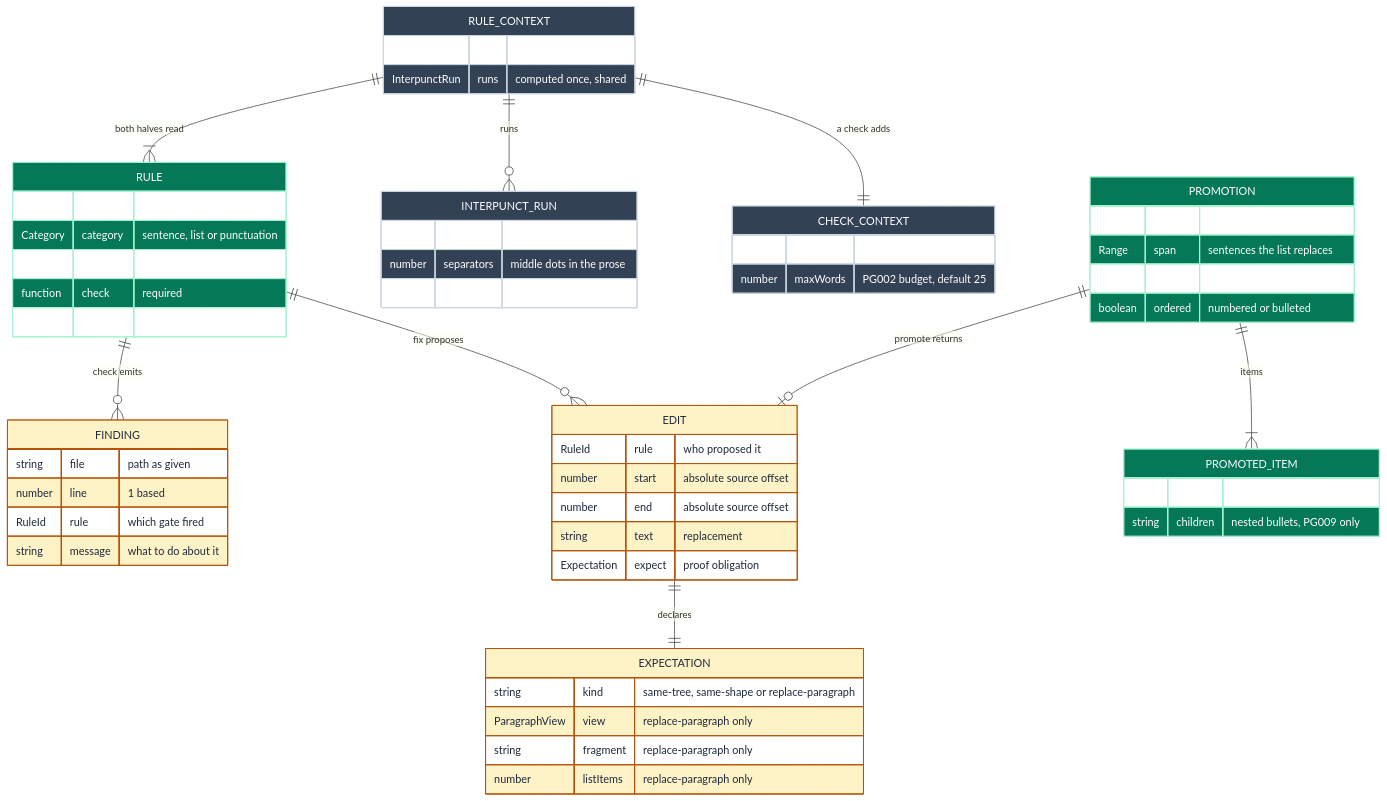
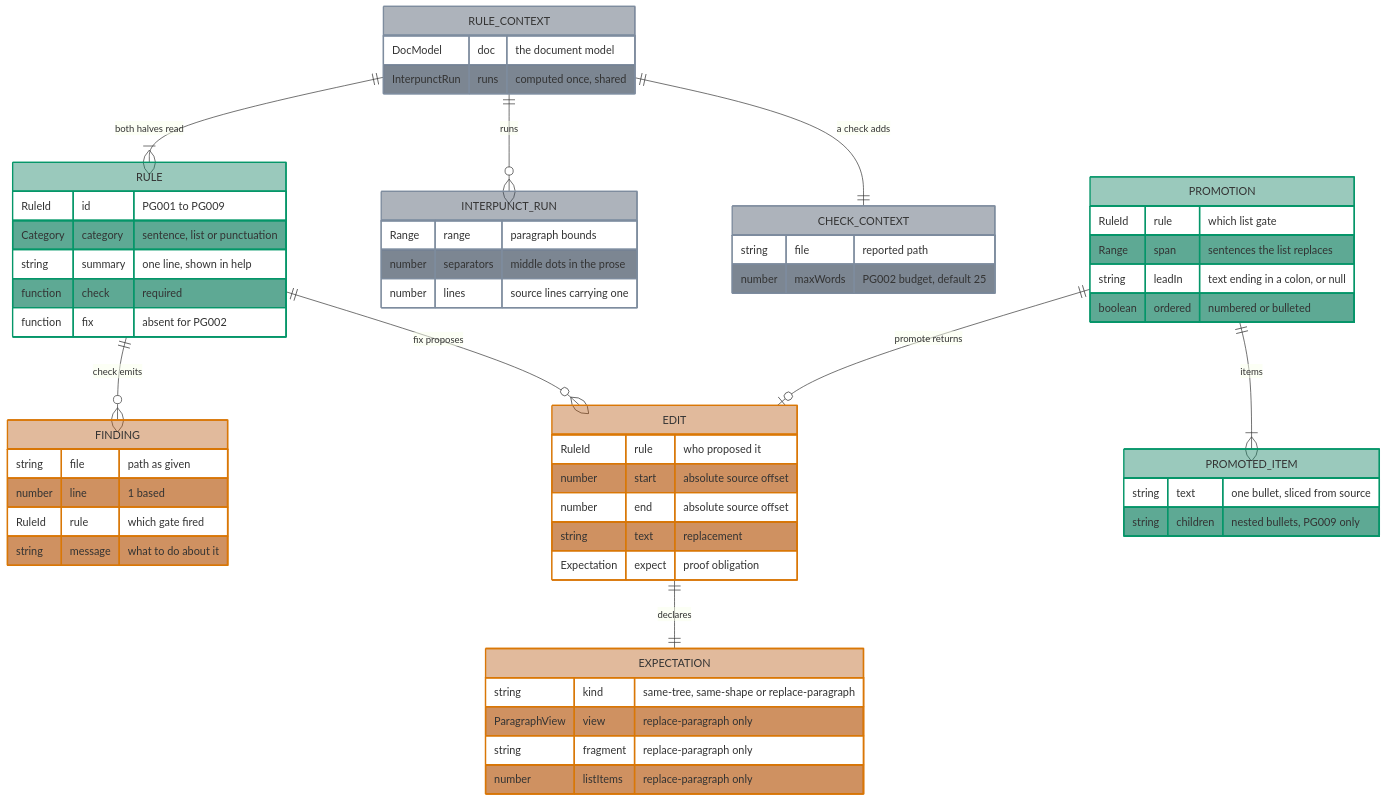
One commit to jpeakai/jpai-prose-gates changed the second of 8 diagrams in docs/DATA_MODEL.md. Above: the diagram before and after it, drawn with Mermaid. The commit also changed other lines of this file, not shown here.

Commit message:
fix(docs): make both ERDs legible in dark and light themes
Mermaid's erDiagram applies a classDef fill to the even attribute rows
only. The odd rows keep the theme's own row background, while the
declared color: is applied to every row's text. Half of each entity was
therefore text on a background the author never chose, and it flipped
with the reader's theme.

FINDING, EDIT and EXPECTATION carried dark text on a light fill, so their
odd rows were invisible on dark. The green and slate classes carried
white text, so their odd rows were invisible on light.

Both ERDs now drop color: and let the theme own the label, with a
translucent fill that composites to a light box on light and a dark box
on dark, and an opaque stroke carrying the hue. Worst case is 5.48:1 for
the text over a tinted row and 3.19:1 for a stroke, in both themes,
verified by rendering each fence under -t dark and -t default.

````diff
--- a/docs/DATA_MODEL.md
+++ b/docs/DATA_MODEL.md
@@ -118,69 +121,72 @@
 ```mermaid
 erDiagram
     RULE ||--o{ FINDING : "check emits"
     RULE ||--o{ EDIT : "fix proposes"
     RULE_CONTEXT ||--|{ RULE : "both halves read"
     RULE_CONTEXT ||--o{ INTERPUNCT_RUN : "runs"
     RULE_CONTEXT ||--|| CHECK_CONTEXT : "a check adds"
     EDIT ||--|| EXPECTATION : "declares"
     PROMOTION ||--|{ PROMOTED_ITEM : "items"
     PROMOTION ||--o| EDIT : "promote returns"
 
     RULE {
         RuleId id "PG001 to PG009"
         Category category "sentence, list or punctuation"
         string summary "one line, shown in help"
         function check "required"
         function fix "absent for PG002"
     }
     RULE_CONTEXT {
         DocModel doc "the document model"
         InterpunctRun runs "computed once, shared"
     }
     CHECK_CONTEXT {
         string file "reported path"
         number maxWords "PG002 budget, default 25"
     }
     INTERPUNCT_RUN {
         Range range "paragraph bounds"
         number separators "middle dots in the prose"
         number lines "source lines carrying one"
     }
     FINDING {
         string file "path as given"
         number line "1 based"
         RuleId rule "which gate fired"
         string message "what to do about it"
     }
     EDIT {
         RuleId rule "who proposed it"
         number start "absolute source offset"
         number end "absolute source offset"
         string text "replacement"
         Expectation expect "proof obligation"
     }
     EXPECTATION {
         string kind "same-tree, same-shape or replace-paragraph"
         ParagraphView view "replace-paragraph only"
         string fragment "replace-paragraph only"
         number listItems "replace-paragraph only"
     }
     PROMOTION {
         RuleId rule "which list gate"
         Range span "sentences the list replaces"
         string leadIn "text ending in a colon, or null"
         boolean ordered "numbered or bulleted"
     }
     PROMOTED_ITEM {
         string text "one bullet, sliced from source"
         string children "nested bullets, PG009 only"
     }
 
-    classDef contract fill:#047857,stroke:#a7f3d0,color:#ffffff
-    classDef output   fill:#fef3c7,stroke:#b45309,color:#1e293b
-    classDef shared   fill:#334155,stroke:#cbd5e1,color:#ffffff
+    %% Attribute rows alternate, and only the even ones take a classDef fill.
+    %% The odd ones keep the theme background, so the label colour is left to
+    %% the theme and the fill is translucent enough to read under either one.
+    classDef contract fill:#04785766,stroke:#059669,stroke-width:2px
+    classDef output   fill:#b4530966,stroke:#d97706,stroke-width:2px
+    classDef shared   fill:#33415566,stroke:#7e8c9e,stroke-width:2px
 
     class RULE,PROMOTION,PROMOTED_ITEM contract
     class FINDING,EDIT,EXPECTATION output
     class RULE_CONTEXT,CHECK_CONTEXT,INTERPUNCT_RUN shared
 ```
````
